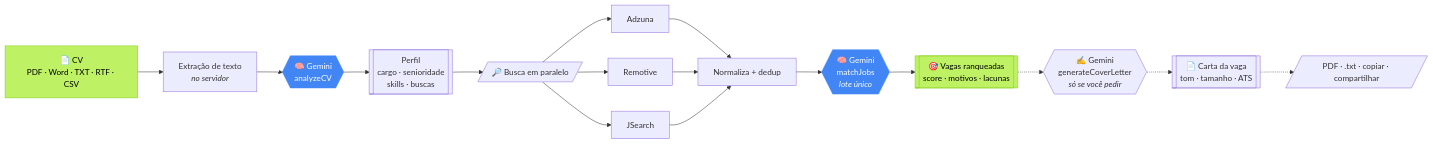
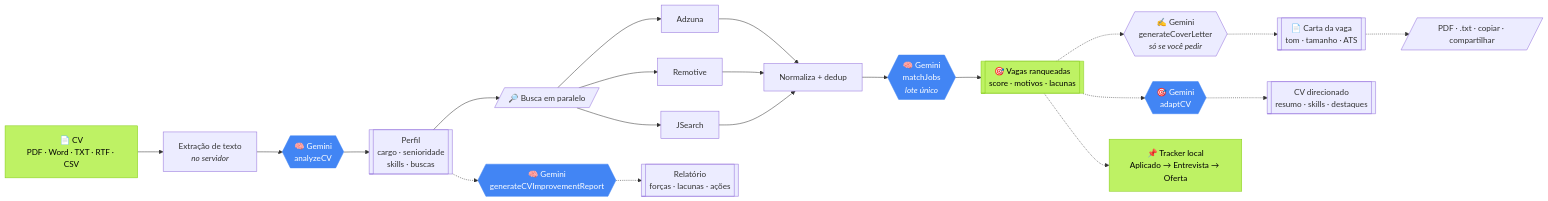
The diagram in README.md (cielioqueiroz/buscador-de-cv), drawn with Mermaid before and after one commit. The commit also changed other lines of this file and 17 other files, not shown here.

````diff
--- a/README.md
+++ b/README.md
@@ -51,21 +54,29 @@
 ```mermaid
 flowchart LR
     A[📄 CV<br/>PDF · Word · TXT · RTF · CSV] --> B[Extração de texto<br/><i>no servidor</i>]
     B --> C{{"🧠 Gemini<br/>analyzeCV"}}
     C --> D[["Perfil<br/>cargo · senioridade<br/>skills · buscas"]]
     D --> E[/"🔎 Busca em paralelo"/]
     E --> F1[Adzuna]
     E --> F2[Remotive]
     E --> F3[JSearch]
     F1 & F2 & F3 --> G[Normaliza + dedup]
     G --> H{{"🧠 Gemini<br/>matchJobs<br/><i>lote único</i>"}}
     H --> I[["🎯 Vagas ranqueadas<br/>score · motivos · lacunas"]]
     I -.-> J{{"✍️ Gemini<br/>generateCoverLetter<br/><i>só se você pedir</i>"}}
     J -.-> K[["📄 Carta da vaga<br/>tom · tamanho · ATS"]]
     K -.-> L[/"PDF · .txt · copiar · compartilhar"/]
+    I -.-> M{{"🎯 Gemini<br/>adaptCV"}}
+    M -.-> N[["CV direcionado<br/>resumo · skills · destaques"]]
+    D -.-> O{{"🧠 Gemini<br/>generateCVImprovementReport"}}
+    O -.-> P[["Relatório<br/>forças · lacunas · ações"]]
+    I -.-> Q["📌 Tracker local<br/>Aplicado → Entrevista → Oferta"]
 
     style C fill:#4285F4,stroke:#4285F4,color:#fff
     style H fill:#4285F4,stroke:#4285F4,color:#fff
     style I fill:#bef264,stroke:#84cc16,color:#000
     style A fill:#bef264,stroke:#84cc16,color:#000
+    style M fill:#4285F4,stroke:#4285F4,color:#fff
+    style O fill:#4285F4,stroke:#4285F4,color:#fff
+    style Q fill:#bef264,stroke:#84cc16,color:#000
 ```
````
